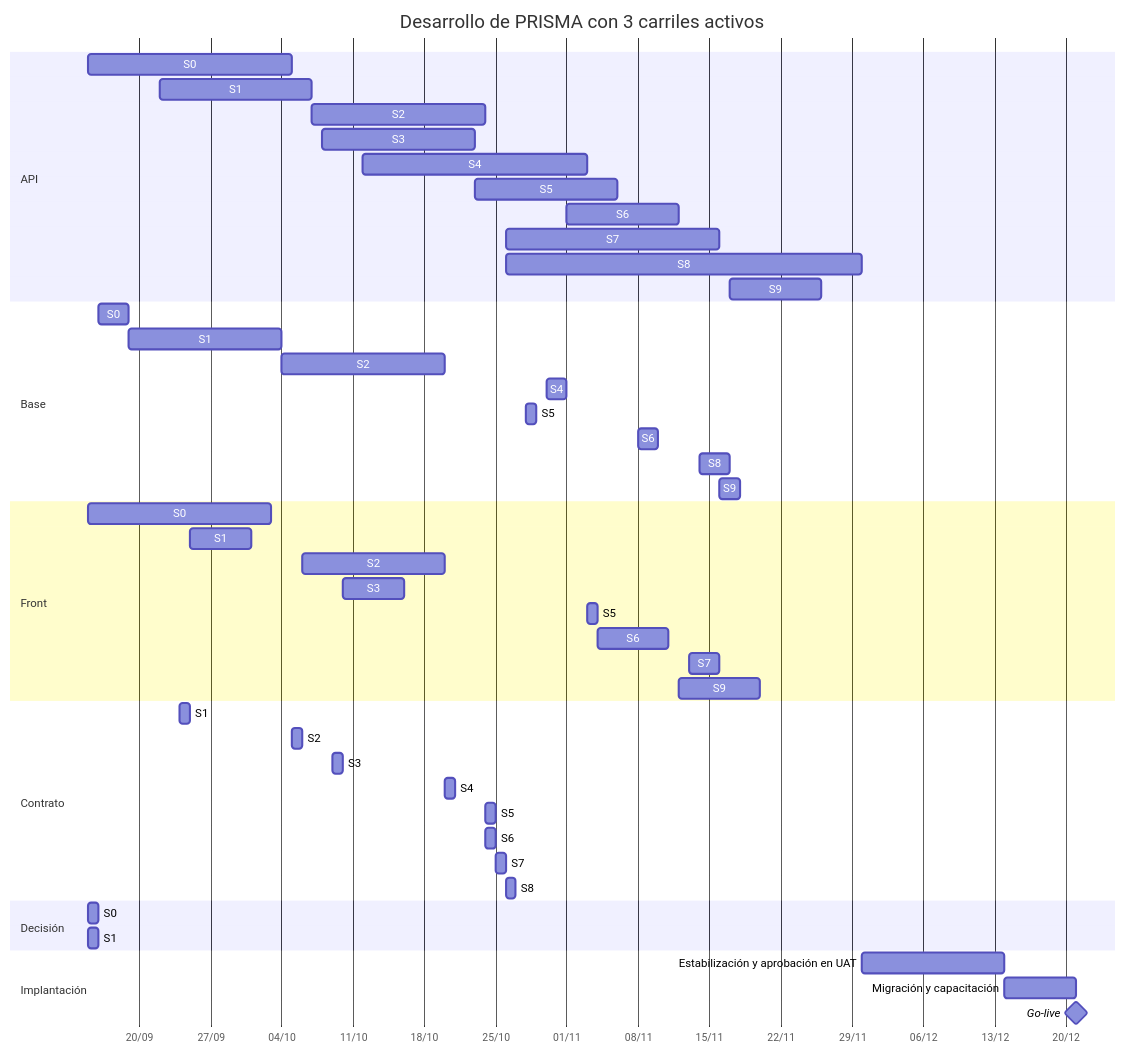
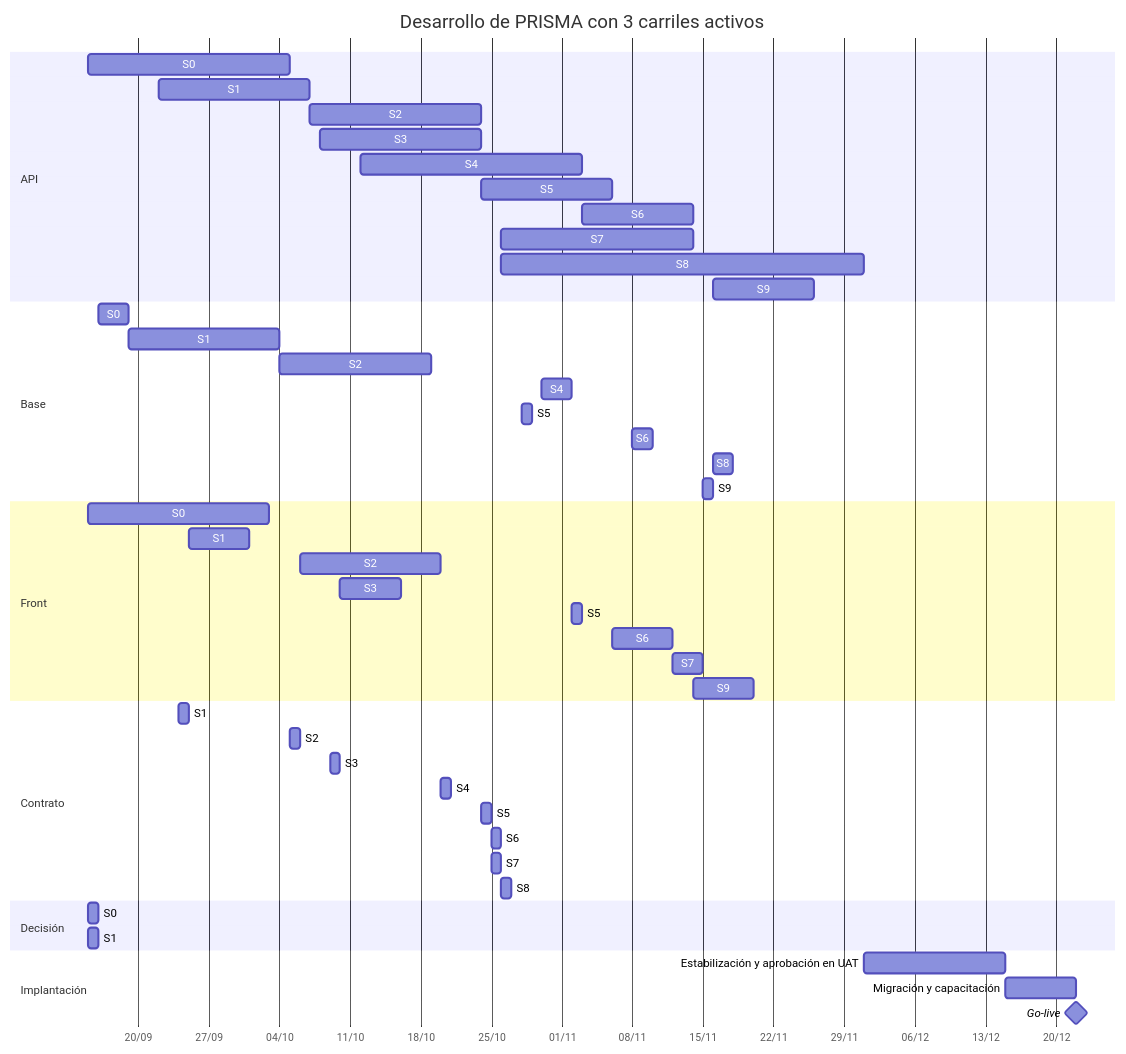
Before and after one commit to Juanchope039/Finanzas-PRISMA: the first of 2 diagrams in docs/08-plan-de-desarrollo.md, drawn with Mermaid. The commit also changed other lines of this file and 10 other files, not shown here.

````diff
--- a/docs/08-plan-de-desarrollo.md
+++ b/docs/08-plan-de-desarrollo.md
@@ -172,57 +172,57 @@
 ```mermaid
 gantt
     title Desarrollo de PRISMA con 3 carriles activos
     dateFormat YYYY-MM-DD
     axisFormat %d/%m
 
     section API
     S0 :api0, 2026-09-15, 2026-10-05
     S1 :api1, 2026-09-22, 2026-10-07
     S2 :api2, 2026-10-07, 2026-10-24
-    S3 :api3, 2026-10-08, 2026-10-23
+    S3 :api3, 2026-10-08, 2026-10-24
     S4 :api4, 2026-10-12, 2026-11-03
-    S5 :api5, 2026-10-23, 2026-11-06
-    S6 :api6, 2026-11-01, 2026-11-12
-    S7 :api7, 2026-10-26, 2026-11-16
-    S8 :api8, 2026-10-26, 2026-11-30
-    S9 :api9, 2026-11-17, 2026-11-26
+    S5 :api5, 2026-10-24, 2026-11-06
+    S6 :api6, 2026-11-03, 2026-11-14
+    S7 :api7, 2026-10-26, 2026-11-14
+    S8 :api8, 2026-10-26, 2026-12-01
+    S9 :api9, 2026-11-16, 2026-11-26
 
     section Base
     S0 :base0, 2026-09-16, 2026-09-19
     S1 :base1, 2026-09-19, 2026-10-04
-    S2 :base2, 2026-10-04, 2026-10-20
-    S4 :base4, 2026-10-30, 2026-11-01
+    S2 :base2, 2026-10-04, 2026-10-19
+    S4 :base4, 2026-10-30, 2026-11-02
     S5 :base5, 2026-10-28, 2026-10-29
     S6 :base6, 2026-11-08, 2026-11-10
-    S8 :base8, 2026-11-14, 2026-11-17
-    S9 :base9, 2026-11-16, 2026-11-18
+    S8 :base8, 2026-11-16, 2026-11-18
+    S9 :base9, 2026-11-15, 2026-11-16
 
     section Front
     S0 :front0, 2026-09-15, 2026-10-03
     S1 :front1, 2026-09-25, 2026-10-01
     S2 :front2, 2026-10-06, 2026-10-20
     S3 :front3, 2026-10-10, 2026-10-16
-    S5 :front5, 2026-11-03, 2026-11-04
-    S6 :front6, 2026-11-04, 2026-11-11
-    S7 :front7, 2026-11-13, 2026-11-16
-    S9 :front9, 2026-11-12, 2026-11-20
+    S5 :front5, 2026-11-02, 2026-11-03
+    S6 :front6, 2026-11-06, 2026-11-12
+    S7 :front7, 2026-11-12, 2026-11-15
+    S9 :front9, 2026-11-14, 2026-11-20
 
     section Contrato
     S1 :contrato1, 2026-09-24, 2026-09-25
     S2 :contrato2, 2026-10-05, 2026-10-06
     S3 :contrato3, 2026-10-09, 2026-10-10
     S4 :contrato4, 2026-10-20, 2026-10-21
     S5 :contrato5, 2026-10-24, 2026-10-25
-    S6 :contrato6, 2026-10-24, 2026-10-25
+    S6 :contrato6, 2026-10-25, 2026-10-26
     S7 :contrato7, 2026-10-25, 2026-10-26
     S8 :contrato8, 2026-10-26, 2026-10-27
 
     section Decisión
     S0 :decisin0, 2026-09-15, 2026-09-16
     S1 :decisin1, 2026-09-15, 2026-09-16
 
     section Implantación
-    Estabilización y aprobación en UAT :est, 2026-11-30, 2026-12-14
-    Migración y capacitación :mig, 2026-12-14, 2026-12-21
-    Go-live :milestone, 2026-12-21, 0d
+    Estabilización y aprobación en UAT :est, 2026-12-01, 2026-12-15
+    Migración y capacitación :mig, 2026-12-15, 2026-12-22
+    Go-live :milestone, 2026-12-22, 0d
 ```
````
